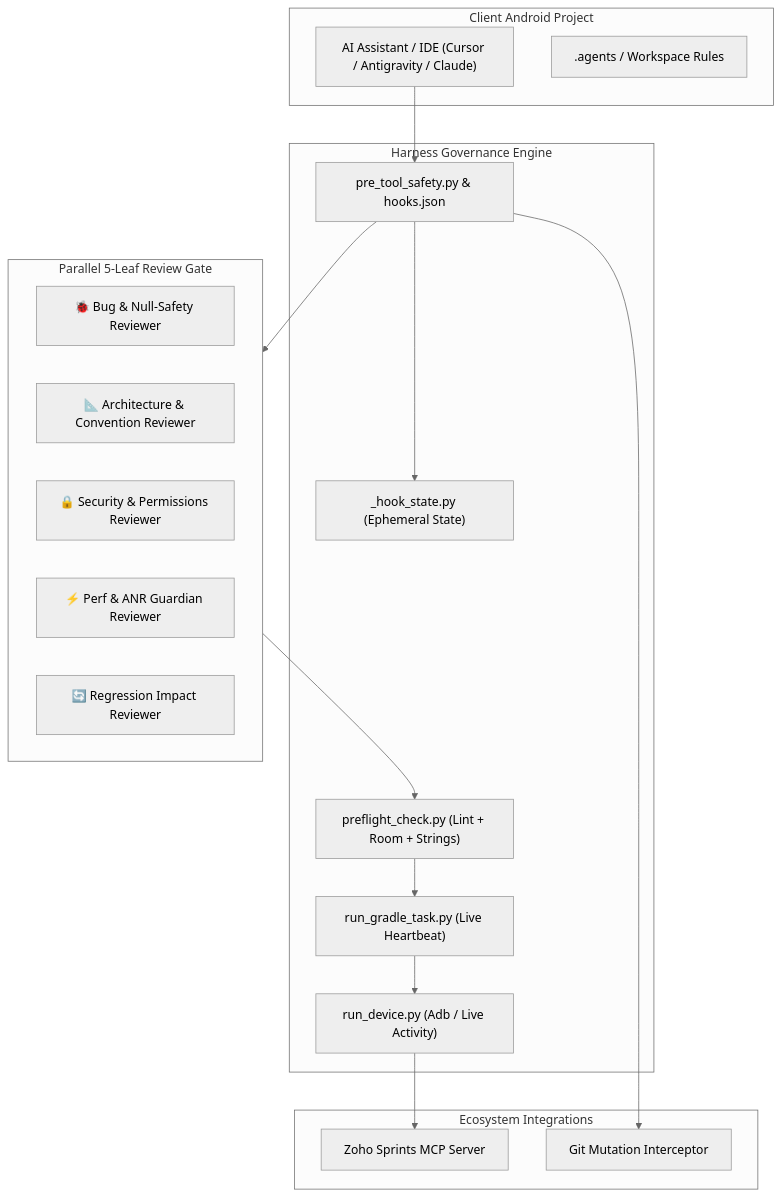
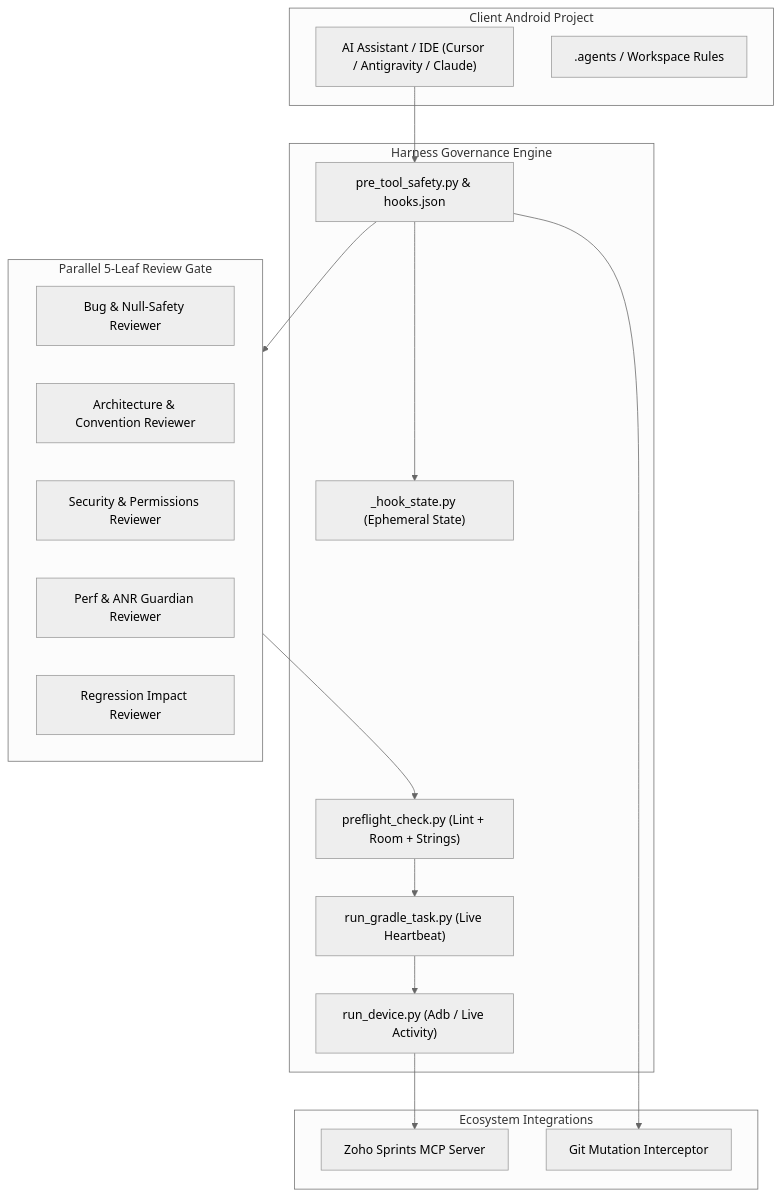
One commit to rabee-elkholy/android-agent-harness changed the diagram in docs/architecture.md. Above: the diagram before and after it, drawn with Mermaid (neutral theme). The commit also changed other lines of this file and 6 other files, not shown here.

````diff
--- a/docs/architecture.md
+++ b/docs/architecture.md
@@ -9,37 +9,37 @@
 ```mermaid
 graph TB
     subgraph Client ["Client Android Project"]
         IDE["AI Assistant / IDE (Cursor / Antigravity / Claude)"]
         FS[".agents / Workspace Rules"]
     end
 
     subgraph Governance ["Harness Governance Engine"]
         SafetyHooks["pre_tool_safety.py & hooks.json"]
         StateManager["_hook_state.py (Ephemeral State)"]
         Preflight["preflight_check.py (Lint + Room + Strings)"]
         GradleStream["run_gradle_task.py (Live Heartbeat)"]
         DeviceRunner["run_device.py (Adb / Live Activity)"]
     end
 
     subgraph Reviewers ["Parallel 5-Leaf Review Gate"]
-        R1["🐞 Bug & Null-Safety Reviewer"]
-        R2["📐 Architecture & Convention Reviewer"]
-        R3["🔒 Security & Permissions Reviewer"]
-        R4["⚡ Perf & ANR Guardian Reviewer"]
-        R5["🔄 Regression Impact Reviewer"]
+        R1["Bug & Null-Safety Reviewer"]
+        R2["Architecture & Convention Reviewer"]
+        R3["Security & Permissions Reviewer"]
+        R4["Perf & ANR Guardian Reviewer"]
+        R5["Regression Impact Reviewer"]
     end
 
     subgraph Integrations ["Ecosystem Integrations"]
         ZohoMCP["Zoho Sprints MCP Server"]
         GitGuard["Git Mutation Interceptor"]
     end
 
     IDE --> SafetyHooks
     SafetyHooks --> StateManager
     SafetyHooks --> GitGuard
     SafetyHooks --> Reviewers
     Reviewers --> Preflight
     Preflight --> GradleStream
     GradleStream --> DeviceRunner
     DeviceRunner --> ZohoMCP
 ```
````
